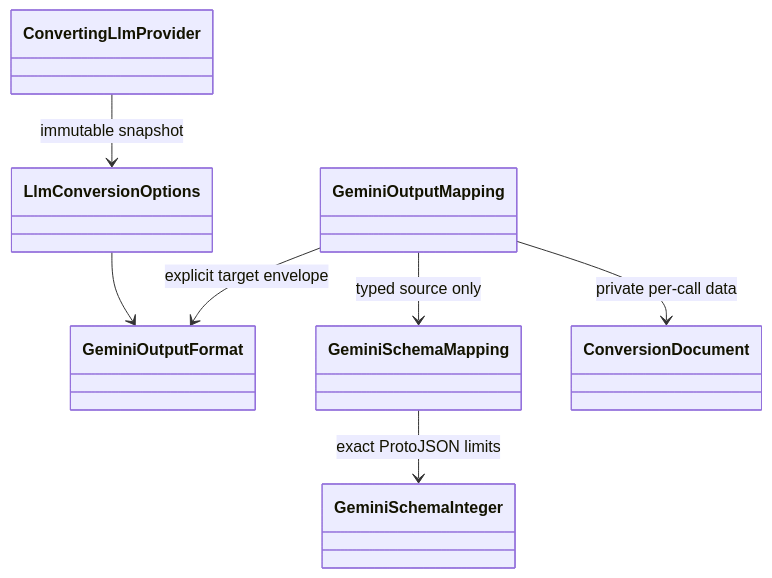
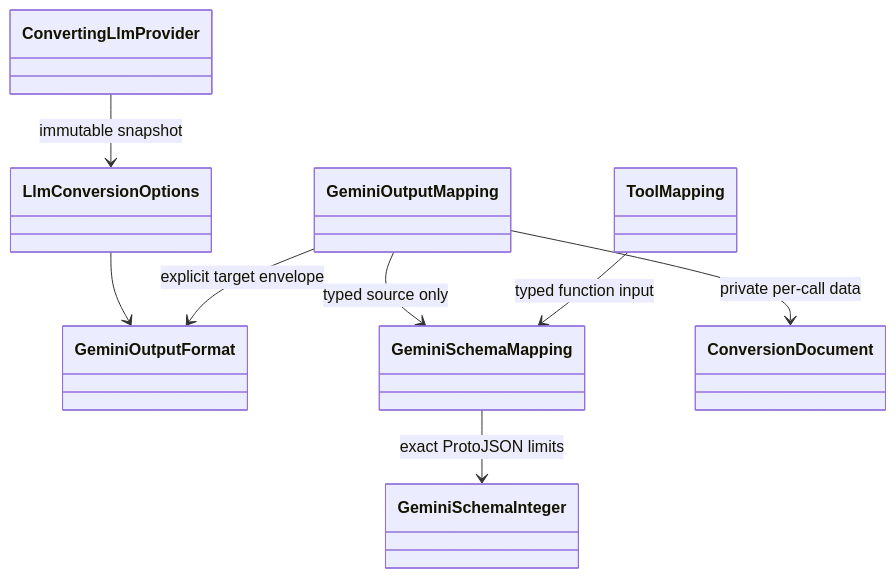
Before and after one commit to BenLampson/Asgard.Loki: the sixth of 8 diagrams in docs/architecture.md, drawn with Mermaid. The commit also changed other lines of this file and 11 other files, not shown here.

Commit message:
feat(conversion): support Gemini typed function parameters

````diff
--- a/docs/architecture.md
+++ b/docs/architecture.md
@@ -208,9 +208,10 @@
 ```mermaid
 classDiagram
 LlmConversionOptions --> GeminiOutputFormat
 ConvertingLlmProvider --> LlmConversionOptions : immutable snapshot
 GeminiOutputMapping --> GeminiOutputFormat : explicit target envelope
 GeminiOutputMapping --> GeminiSchemaMapping : typed source only
 GeminiSchemaMapping --> GeminiSchemaInteger : exact ProtoJSON limits
+ToolMapping --> GeminiSchemaMapping : typed function input
 GeminiOutputMapping --> ConversionDocument : private per-call data
 ```
````
